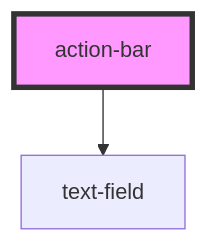
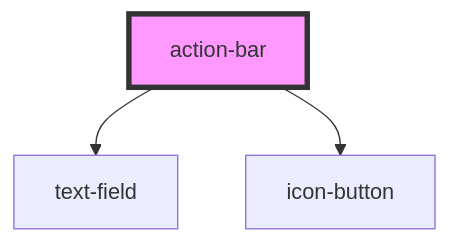
One commit to svb-jlang/theseus changed the diagram in src/components/action-bar/readme.md. Above: the diagram before and after it, drawn with Mermaid. The commit also changed other lines of this file and 4 other files, not shown here.

Commit message:
update action-bar

````diff
--- a/src/components/action-bar/readme.md
+++ b/src/components/action-bar/readme.md
@@ -15,5 +16,6 @@
 ```mermaid
 graph TD;
   action-bar --> text-field
+  action-bar --> icon-button
   style action-bar fill:#f9f,stroke:#333,stroke-width:4px
 ```
````
